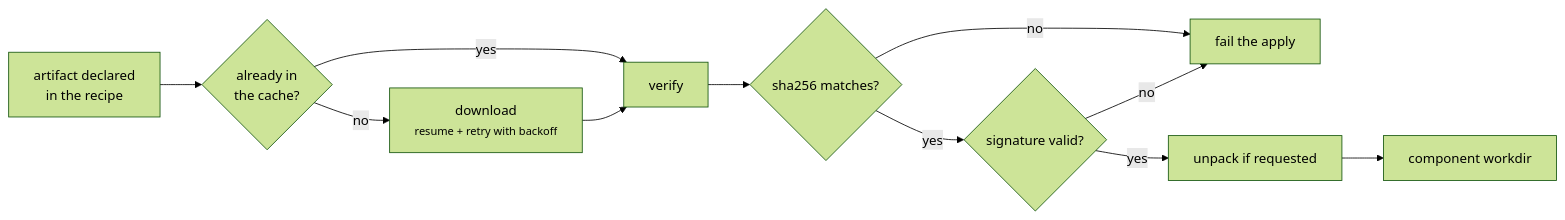
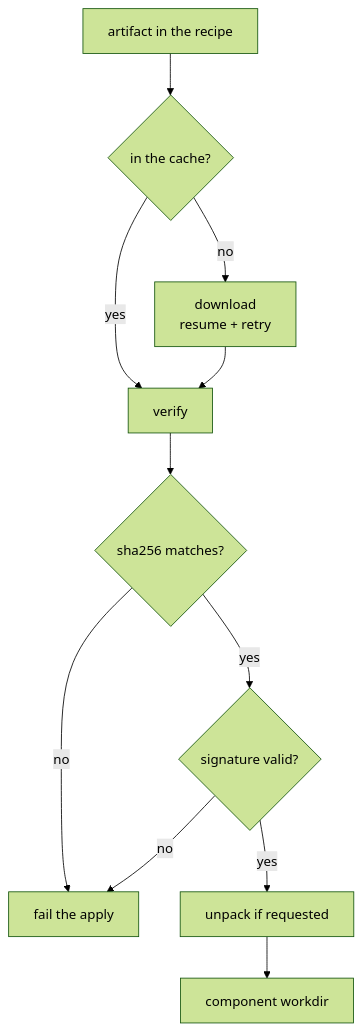
Before and after one commit to carlosprados/keystone: the diagram in site/content/internals/artifacts.md, drawn with Mermaid (forest theme). The commit also changed other lines of this file and 58 other files, not shown here.

First line of the commit message:
docs: generated OpenAPI reference, examples chapter, legible diagrams

````diff
--- a/site/content/internals/artifacts.md
+++ b/site/content/internals/artifacts.md
@@ -15,13 +13,13 @@
 ```mermaid
-flowchart LR
-    A["artifact declared<br/>in the recipe"] --> B{"already in<br/>the cache?"}
-    B -- yes --> V["verify"]
-    B -- no --> D["download<br/><small>resume + retry with backoff</small>"]
+flowchart TB
+    A["artifact in the recipe"] --> B{"in the cache?"}
+    B -- "no" --> D["download<br/>resume + retry"]
+    B -- "yes" --> V["verify"]
     D --> V
     V --> S{"sha256 matches?"}
-    S -- no --> X["fail the apply"]
-    S -- yes --> G{"signature valid?"}
-    G -- no --> X
-    G -- yes --> U["unpack if requested"]
+    S -- "no" --> X["fail the apply"]
+    S -- "yes" --> G{"signature valid?"}
+    G -- "no" --> X
+    G -- "yes" --> U["unpack if requested"]
     U --> W["component workdir"]
 ```
````
